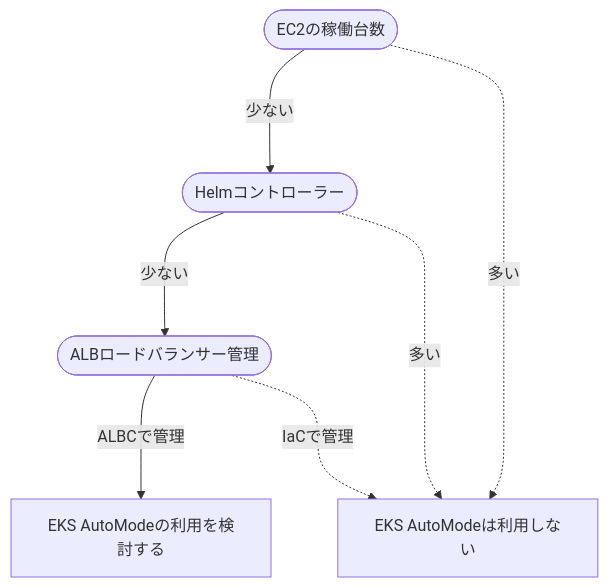
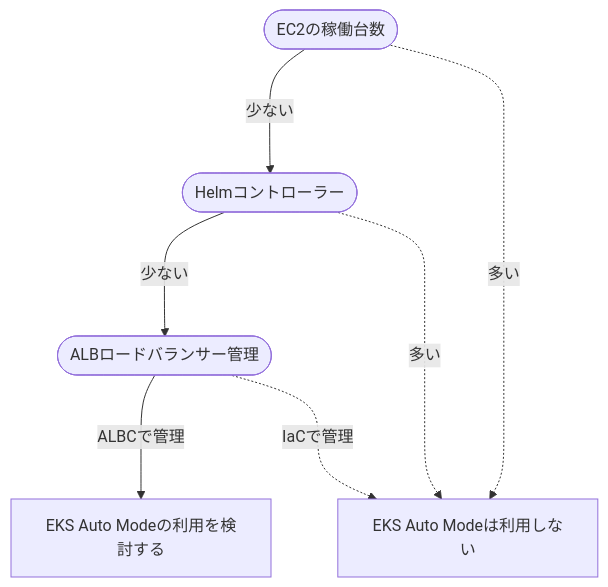
One commit to guitarrapc/blog changed the diagram in draft_entries/6802418398335749389.md. Above: the diagram before and after it, drawn with Mermaid. The commit also changed other lines of this file, not shown here.

Commit message:
doc: Auto Mode

````diff
--- a/draft_entries/6802418398335749389.md
+++ b/draft_entries/6802418398335749389.md
@@ -166,13 +166,13 @@
 ```mermaid
 graph TD
   a([EC2の稼働台数])
   b([Helmコントローラー])
   c([ALBロードバランサー管理])
-  A[EKS AutoModeの利用を検討する]
-  B[EKS AutoModeは利用しない]
+  A[EKS Auto Modeの利用を検討する]
+  B[EKS Auto Modeは利用しない]
 
   a --少ない---> b --少ない---> c --ALBCで管理---> A
   a -.多い..-> B
   b -.多い..-> B
   c -.IaCで管理..-> B
 ```
````
